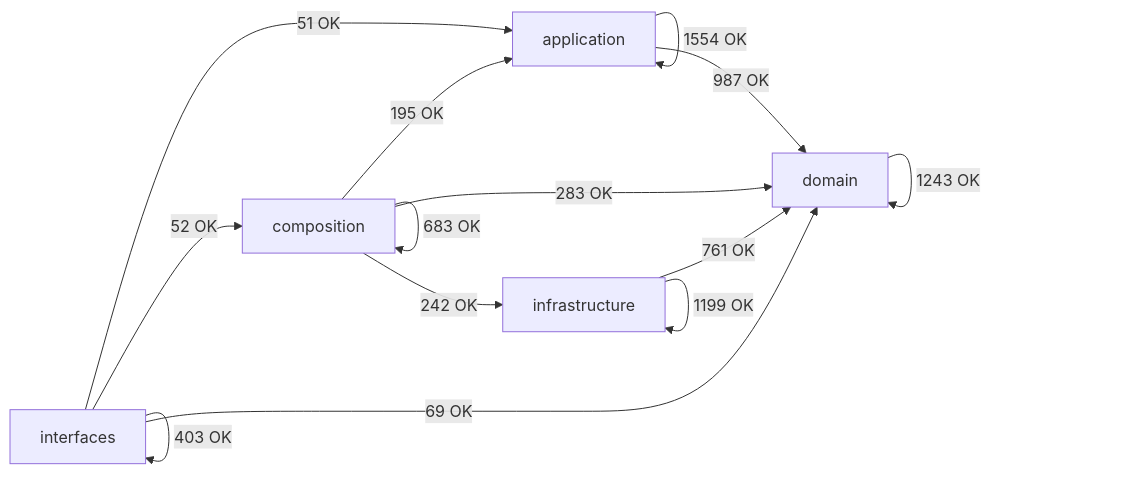
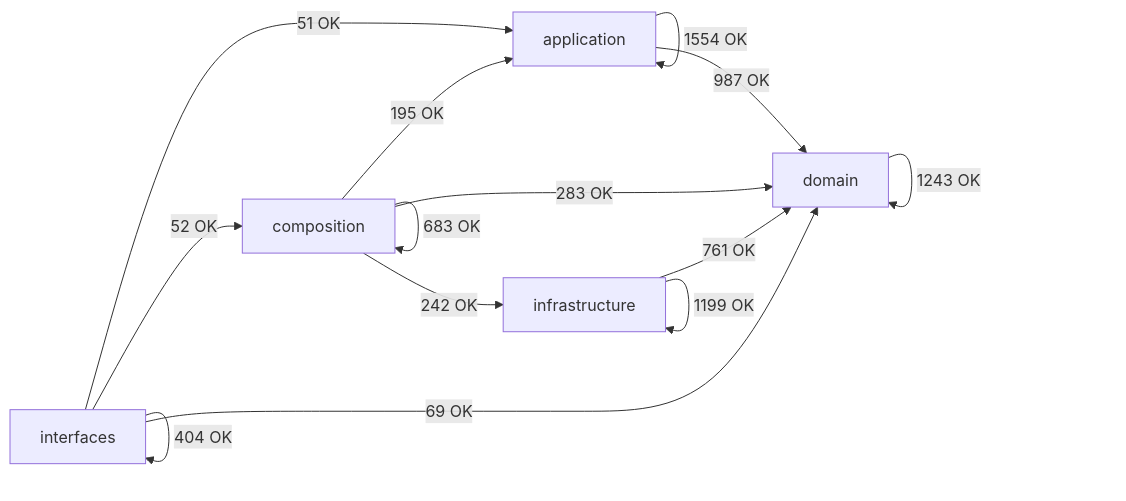
One commit to SatoryKono/BioactivityDataAcquisition changed the diagram in docs/02-architecture/generated/module-dependency-map.md. Above: the diagram before and after it, drawn with Mermaid. The commit also changed other lines of this file and 5 other files, not shown here.

````diff
--- a/docs/02-architecture/generated/module-dependency-map.md
+++ b/docs/02-architecture/generated/module-dependency-map.md
@@ -17,21 +17,21 @@
 ```mermaid
 flowchart LR
     domain[domain]
     application[application]
     infrastructure[infrastructure]
     composition[composition]
     interfaces[interfaces]
     application -->|1554 OK| application
     application -->|987 OK| domain
     composition -->|195 OK| application
     composition -->|683 OK| composition
     composition -->|283 OK| domain
     composition -->|242 OK| infrastructure
     domain -->|1243 OK| domain
     infrastructure -->|761 OK| domain
     infrastructure -->|1199 OK| infrastructure
     interfaces -->|51 OK| application
     interfaces -->|52 OK| composition
     interfaces -->|69 OK| domain
-    interfaces -->|403 OK| interfaces
+    interfaces -->|404 OK| interfaces
 ```
````
